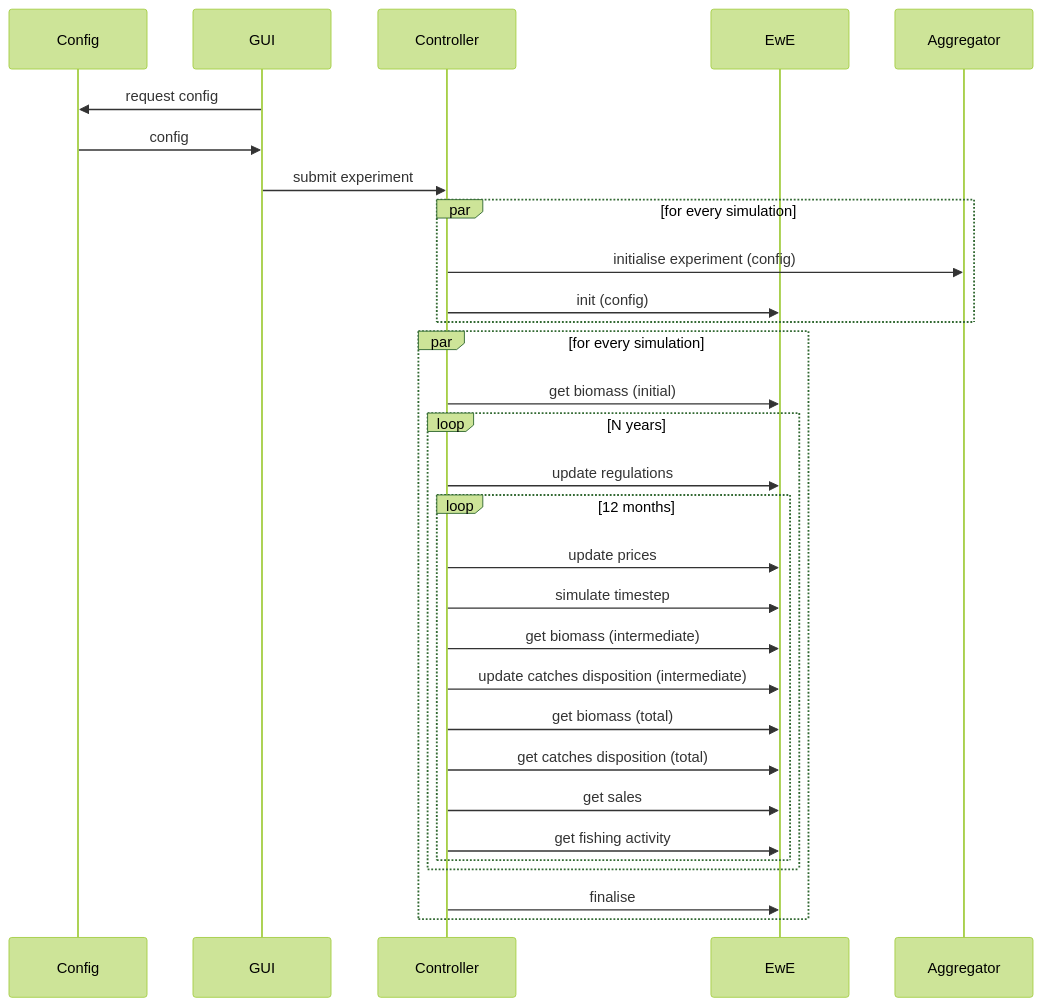
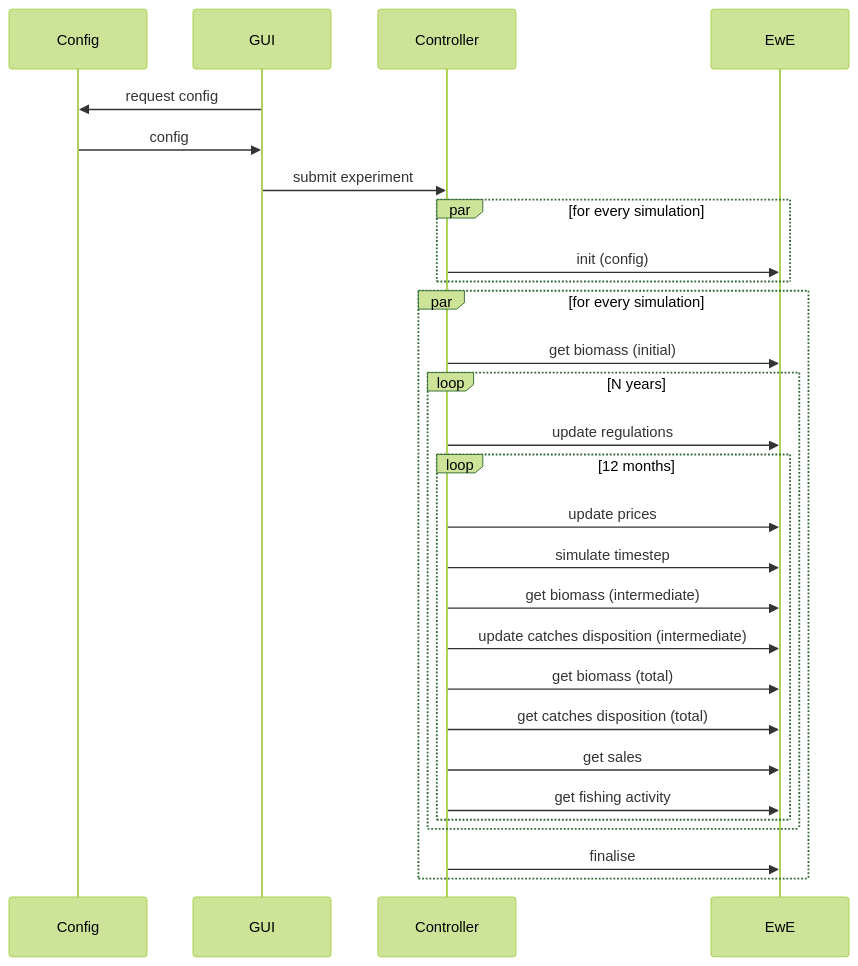
Before and after one commit to SURIMI-Project/SURIMI-project: the diagram in deliverables/D3.5 - EwE model/D3.5 - EwE model.md, drawn with Mermaid (forest theme).

Commit message:
Remove redundant initialization in controller
Removed redundant line for initializing experiment in the controller.

````diff
--- a/deliverables/D3.5 - EwE model/D3.5 - EwE model.md
+++ b/deliverables/D3.5 - EwE model/D3.5 - EwE model.md
@@ -30,47 +30,44 @@
 ```mermaid
 
  sequenceDiagram
 
     participant Config
     participant GUI
     participant Controller
     participant EwE
 
     %% Initialisation %%
     %% this is the init %%
     GUI ->> Config: request config
     Config ->> GUI: config
     GUI ->> Controller: submit experiment
     par for every simulation
-    Controller ->> Aggregator: initialise experiment (config)
-
-
     Controller ->> EwE: init (config)
     end
 
     %% Simulation %%
     %% starting the simulation %%
 
     par for every simulation
 
     Controller ->> EwE: get biomass (initial)
 
     loop N years
         Controller ->> EwE: update regulations
         loop 12 months
             Controller ->> EwE: update prices
             Controller ->> EwE: simulate timestep
             Controller ->> EwE: get biomass (intermediate)
             Controller ->> EwE: update catches disposition (intermediate)
 
             Controller ->> EwE: get biomass (total)
             Controller ->> EwE: get catches disposition (total) 
 
             Controller ->> EwE: get sales
 
             Controller ->> EwE: get fishing activity
         end
     end
     Controller ->> EwE: finalise
 end
 ```
````
